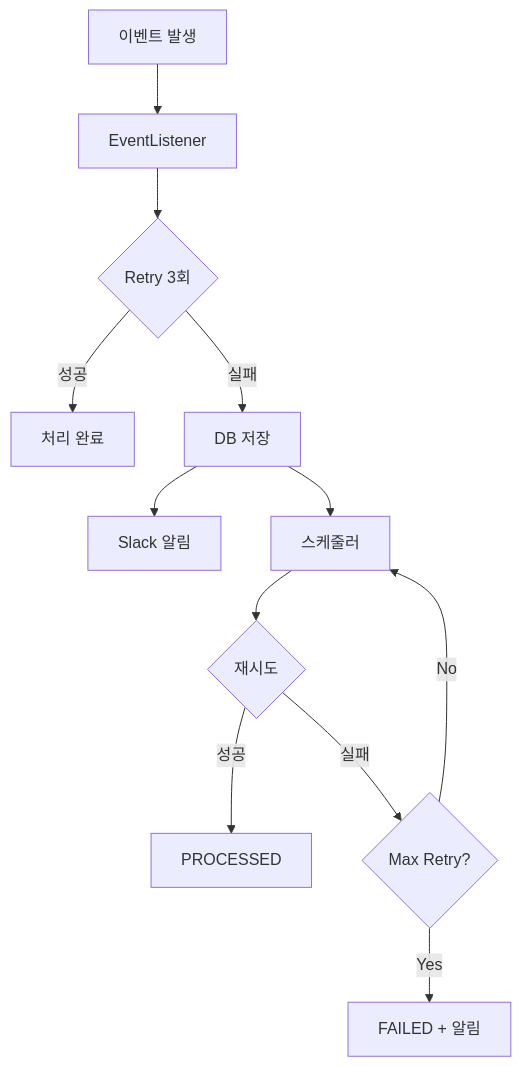
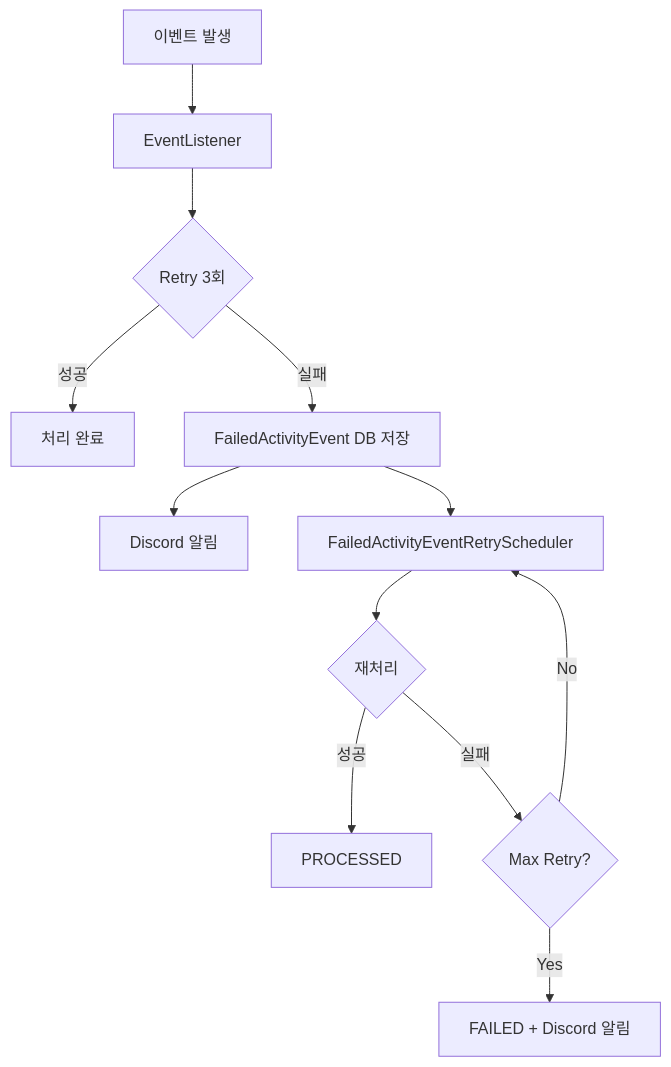
One commit to beginner0107/eventitta changed the seventh of 10 diagrams in docs/ARCHITECTURE.md. Above: the diagram before and after it, drawn with Mermaid. The commit also changed other lines of this file and 3 other files, not shown here.

````diff
--- a/docs/ARCHITECTURE.md
+++ b/docs/ARCHITECTURE.md
@@ -351,14 +319,14 @@
 ```mermaid
 flowchart TD
     A[이벤트 발생] --> B[EventListener]
     B --> C{Retry 3회}
     C -->|성공| D[처리 완료]
-    C -->|실패| E[DB 저장]
-    E --> F[Slack 알림]
-    E --> G[스케줄러]
-    G --> H{재시도}
+    C -->|실패| E[FailedActivityEvent DB 저장]
+    E --> F[Discord 알림]
+    E --> G[FailedActivityEventRetryScheduler]
+    G --> H{재처리}
     H -->|성공| I[PROCESSED]
     H -->|실패| J{Max Retry?}
     J -->|No| G
-    J -->|Yes| K[FAILED + 알림]
+    J -->|Yes| K[FAILED + Discord 알림]
 ```
````
